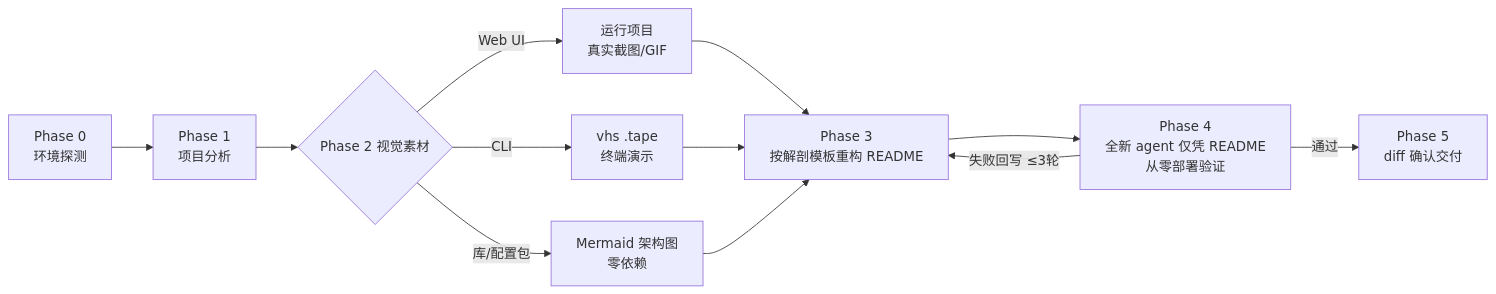
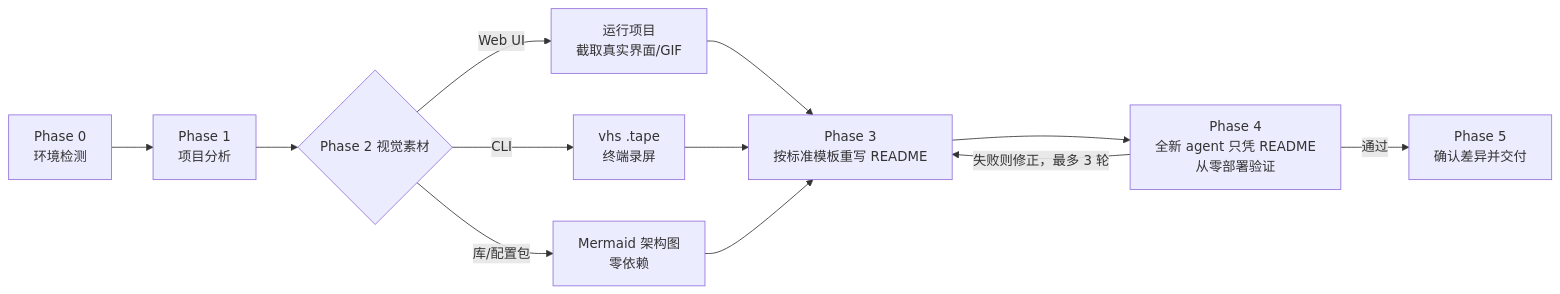
One commit to janauto/readme-master changed the first of 2 diagrams in README.md. Above: the diagram before and after it, drawn with Mermaid. The commit also changed other lines of this file and 2 other files, not shown here.

````diff
--- a/README.md
+++ b/README.md
@@ -27,12 +27,12 @@
 ```mermaid
 flowchart LR
-    A[Phase 0<br/>环境探测] --> B[Phase 1<br/>项目分析]
+    A[Phase 0<br/>环境检测] --> B[Phase 1<br/>项目分析]
     B --> C{Phase 2 视觉素材}
-    C -->|Web UI| C1[运行项目<br/>真实截图/GIF]
-    C -->|CLI| C2[vhs .tape<br/>终端演示]
+    C -->|Web UI| C1[运行项目<br/>截取真实界面/GIF]
+    C -->|CLI| C2[vhs .tape<br/>终端录屏]
     C -->|库/配置包| C3[Mermaid 架构图<br/>零依赖]
-    C1 & C2 & C3 --> D[Phase 3<br/>按解剖模板重构 README]
-    D --> E[Phase 4<br/>全新 agent 仅凭 README<br/>从零部署验证]
-    E -->|失败回写 ≤3轮| D
-    E -->|通过| F[Phase 5<br/>diff 确认交付]
+    C1 & C2 & C3 --> D[Phase 3<br/>按标准模板重写 README]
+    D --> E[Phase 4<br/>全新 agent 只凭 README<br/>从零部署验证]
+    E -->|失败则修正，最多 3 轮| D
+    E -->|通过| F[Phase 5<br/>确认差异并交付]
 ```
````
